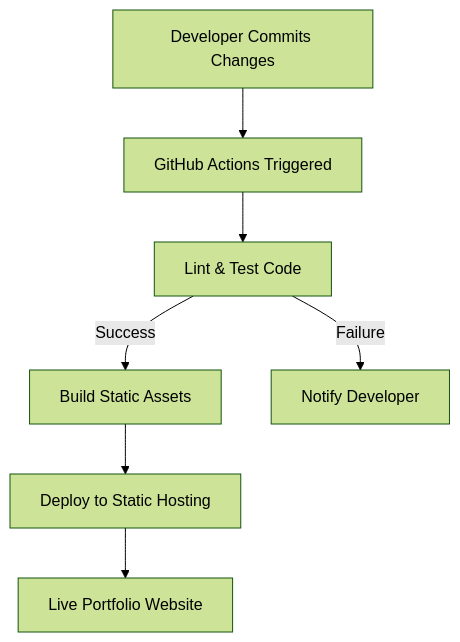
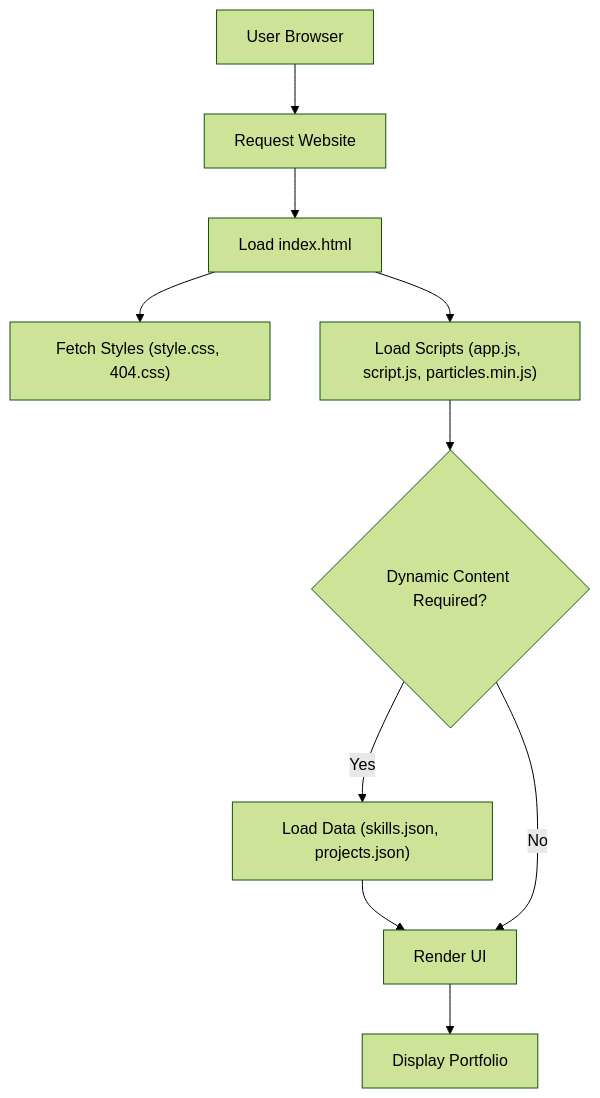
Before and after one commit to helper-one/portfolio_website: the diagram in README.md, drawn with Mermaid (forest theme). The commit also changed other lines of this file, not shown here.

````diff
--- a/README.md
+++ b/README.md
@@ -33,9 +49,12 @@
 ```mermaid
 graph TD
-    A["Developer Commits Changes"] --> B["GitHub Actions Triggered"];
-    B --> C["Lint & Test Code"];
-    C -- "Success" --> D["Build Static Assets"];
-    D --> E["Deploy to Static Hosting"];
-    E --> F["Live Portfolio Website"];
-    C -- "Failure" --> G["Notify Developer"];
+    A["User Browser"] --> B["Request Website"];
+    B --> C["Load index.html"];
+    C --> D["Fetch Styles (style.css, 404.css)"];
+    C --> E["Load Scripts (app.js, script.js, particles.min.js)"];
+    E --> F{"Dynamic Content Required?"};
+    F -- Yes --> G["Load Data (skills.json, projects.json)"];
+    G --> H["Render UI"];
+    F -- No --> H;
+    H --> I["Display Portfolio"];
 ```
````
